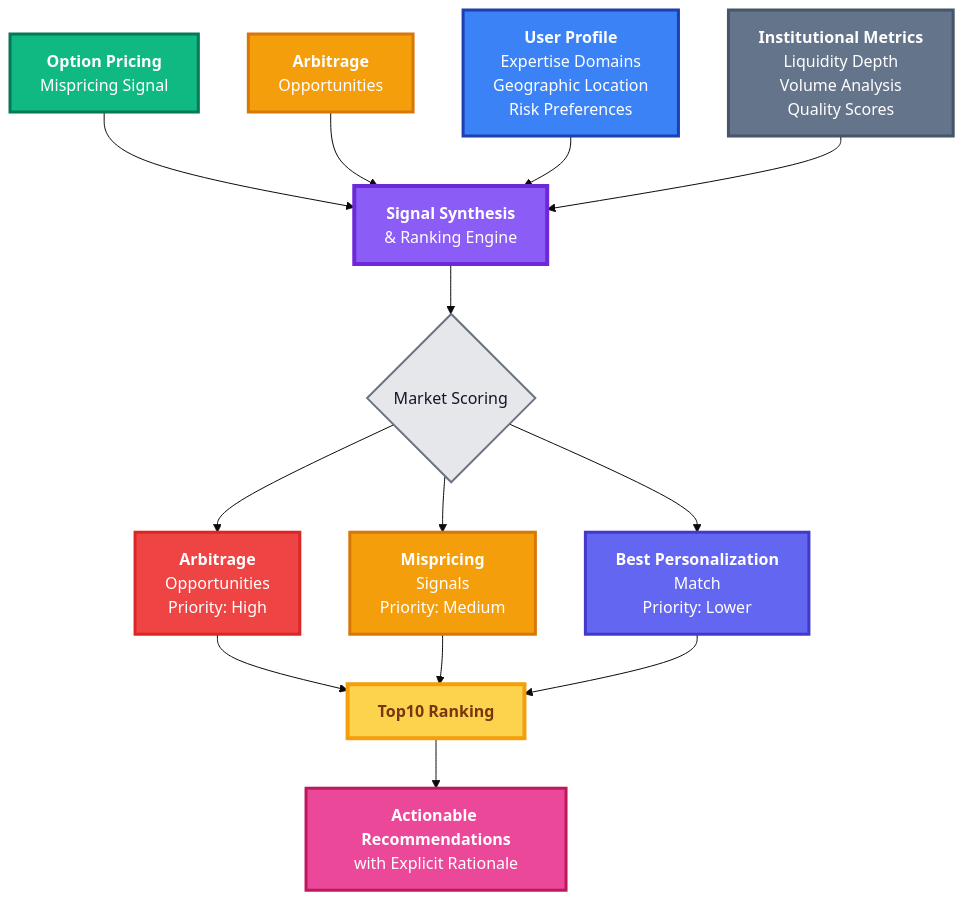
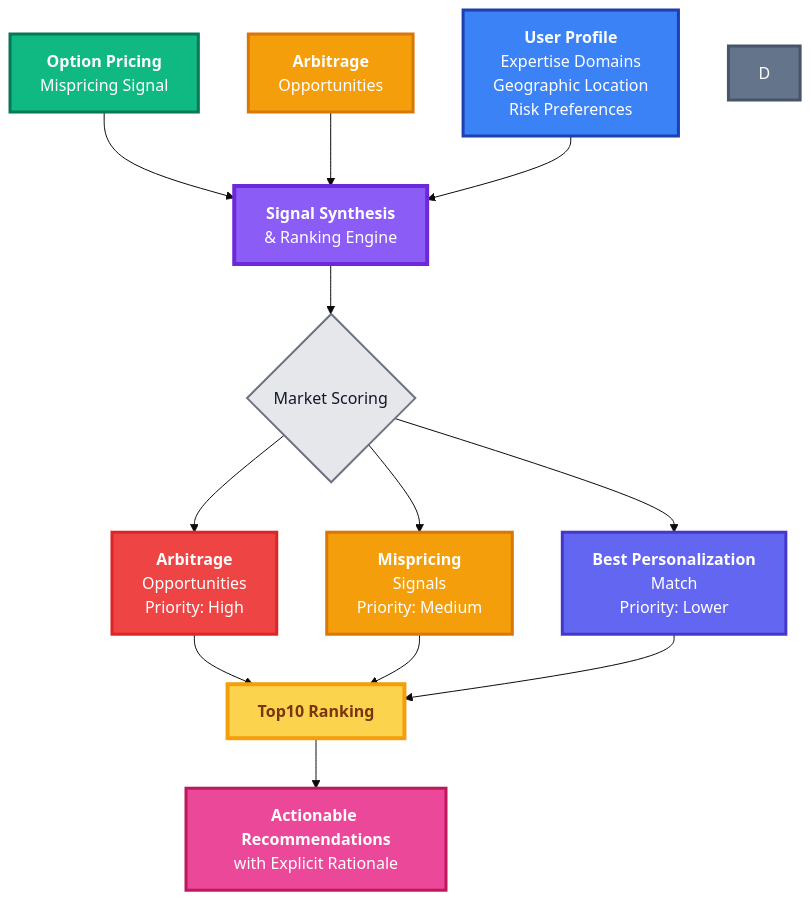
The fourth of 4 diagrams in docs/PRODUCT_OVERVIEW.md (nelsonjingusc/predictoriq-demo), drawn with Mermaid (base theme) before and after one commit. The commit also changed other lines of this file and 4 other files, not shown here.

````diff
--- a/docs/PRODUCT_OVERVIEW.md
+++ b/docs/PRODUCT_OVERVIEW.md
@@ -123,30 +122,29 @@
 ```mermaid
 graph TD
     A["<b>Option Pricing</b><br/>Mispricing Signal"] --> E["<b>Signal Synthesis</b><br/>& Ranking Engine"]
     B["<b>Arbitrage</b><br/>Opportunities"] --> E
     C["<b>User Profile</b><br/>Expertise Domains<br/>Geographic Location<br/>Risk Preferences"] --> E
-    D["<b>Institutional Metrics</b><br/>Liquidity Depth<br/>Volume Analysis<br/>Quality Scores"] --> E
     
     E --> F{Market Scoring}
     F --> G["<b>Arbitrage</b><br/>Opportunities<br/>Priority: High"]
     F --> H["<b>Mispricing</b><br/>Signals<br/>Priority: Medium"]
     F --> I["<b>Best Personalization</b><br/>Match<br/>Priority: Lower"]
     
     G --> J["<b>Top10 Ranking</b>"]
     H --> J
     I --> J
     
     J --> K["<b>Actionable Recommendations</b><br/>with Explicit Rationale"]
     
     style A fill:#10B981,stroke:#047857,stroke-width:3px,color:#FFFFFF
     style B fill:#F59E0B,stroke:#D97706,stroke-width:3px,color:#FFFFFF
     style C fill:#3B82F6,stroke:#1E40AF,stroke-width:3px,color:#FFFFFF
     style D fill:#64748B,stroke:#475569,stroke-width:3px,color:#FFFFFF
     style E fill:#8B5CF6,stroke:#6D28D9,stroke-width:4px,color:#FFFFFF
     style F fill:#E5E7EB,stroke:#6B7280,stroke-width:2px,color:#111827
     style G fill:#EF4444,stroke:#DC2626,stroke-width:3px,color:#FFFFFF
     style H fill:#F59E0B,stroke:#D97706,stroke-width:3px,color:#FFFFFF
     style I fill:#6366F1,stroke:#4338CA,stroke-width:3px,color:#FFFFFF
     style J fill:#FCD34D,stroke:#F59E0B,stroke-width:4px,color:#78350F
     style K fill:#EC4899,stroke:#BE185D,stroke-width:3px,color:#FFFFFF
 ```
````
